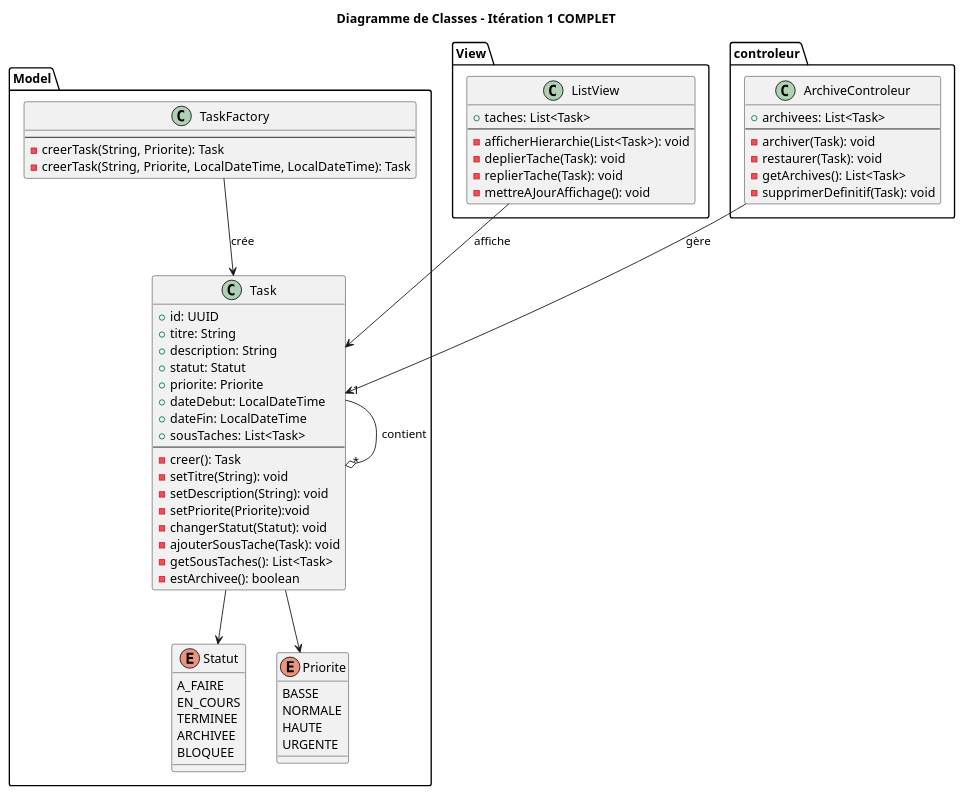
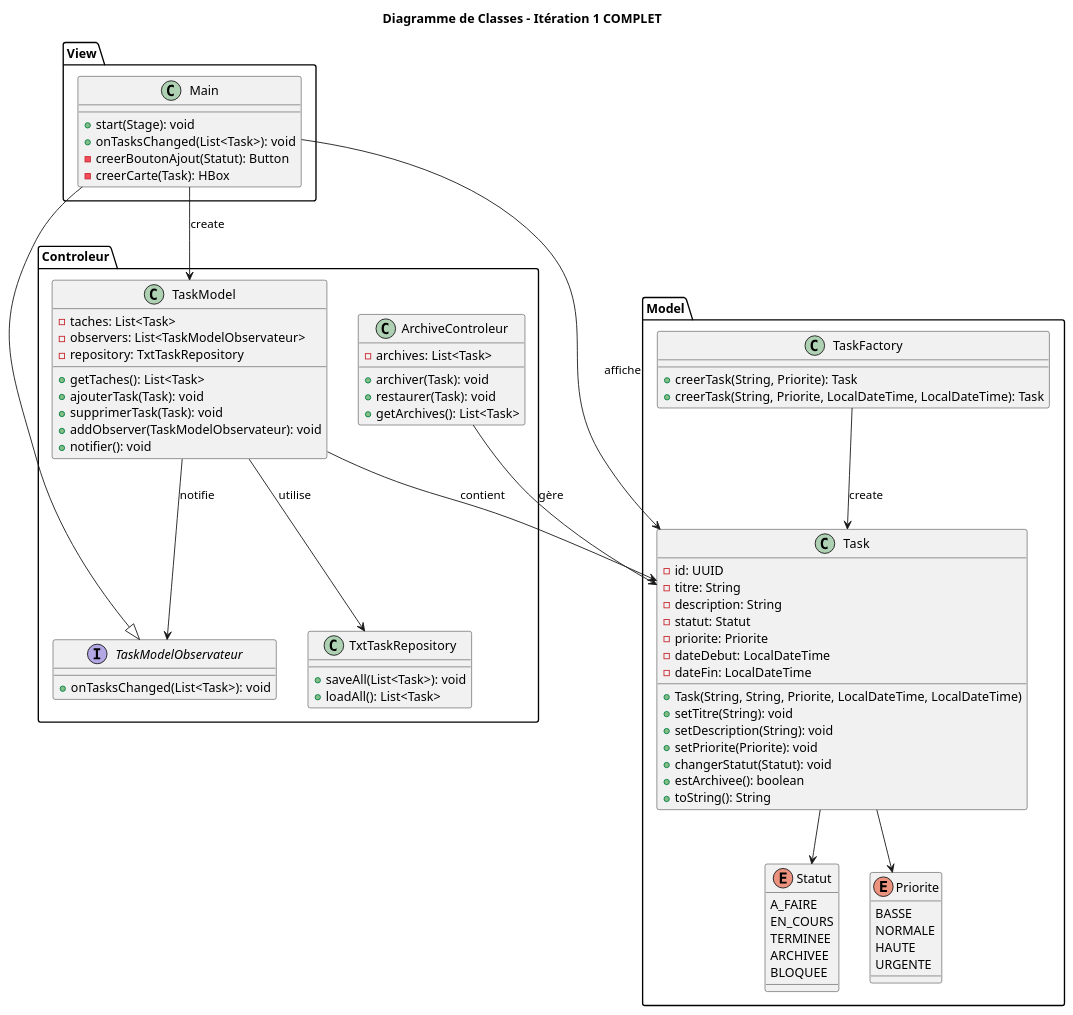
The diagram in Document/Iteration_1/DiagrammeClasse.puml (LeVraiKenan/SAE_3_01), drawn with PlantUML before and after one commit. The commit also changed 4 other files, not shown here.

Commit message:
Finitération 1, sous-tache non fonctionnel

```diff
--- a/Document/Iteration_1/DiagrammeClasse.puml
+++ b/Document/Iteration_1/DiagrammeClasse.puml
@@ -1,81 +1,93 @@
 @startuml
 Title Diagramme de Classes - Itération 1 COMPLET
 
 package "Model" {
-
     enum Statut {
         A_FAIRE
         EN_COURS
         TERMINEE
         ARCHIVEE
         BLOQUEE
     }
 
     enum Priorite {
         BASSE
         NORMALE
         HAUTE
         URGENTE
     }
 
     class Task {
-        + id: UUID
-        + titre: String
-        + description: String
-        + statut: Statut
-        + priorite: Priorite
-        + dateDebut: LocalDateTime
-        + dateFin: LocalDateTime
-        + sousTaches: List<Task>
-        --
-        - creer(): Task
-        - setTitre(String): void
-        - setDescription(String): void
-        - setPriorite(Priorite):void
-        - changerStatut(Statut): void
-        - ajouterSousTache(Task): void
-        - getSousTaches(): List<Task>
-        - estArchivee(): boolean
+        - id: UUID
+        - titre: String
+        - description: String
+        - statut: Statut
+        - priorite: Priorite
+        - dateDebut: LocalDateTime
+        - dateFin: LocalDateTime
+        + Task(String, String, Priorite, LocalDateTime, LocalDateTime)
+        + setTitre(String): void
+        + setDescription(String): void
+        + setPriorite(Priorite): void
+        + changerStatut(Statut): void
+        + estArchivee(): boolean
+        + toString(): String
     }
 
     class TaskFactory {
-        --
-        - creerTask(String, Priorite): Task
-        - creerTask(String, Priorite, LocalDateTime, LocalDateTime): Task
+        + creerTask(String, Priorite): Task
+        + creerTask(String, Priorite, LocalDateTime, LocalDateTime): Task
     }
 
-    Task "1" --o "*" Task : contient
     Task --> Statut
     Task --> Priorite
-    TaskFactory --> Task : crée
+    TaskFactory --> Task : «create»
+}
+
+package "Controleur" {
+    class ArchiveControleur {
+        - archives: List<Task>
+        + archiver(Task): void
+        + restaurer(Task): void
+        + getArchives(): List<Task>
+    }
+
+    class TaskModel {
+        - taches: List<Task>
+        - observers: List<TaskModelObservateur>
+        - repository: TxtTaskRepository
+        + getTaches(): List<Task>
+        + ajouterTask(Task): void
+        + supprimerTask(Task): void
+        + addObserver(TaskModelObservateur): void
+        + notifier(): void
+    }
+
+    interface TaskModelObservateur {
+        + onTasksChanged(List<Task>): void
+    }
+
+    class TxtTaskRepository {
+        + saveAll(List<Task>): void
+        + loadAll(): List<Task>
+    }
+
+    ArchiveControleur --> Task : gère
+    TaskModel --> Task : contient
+    TaskModel --> TaskModelObservateur : notifie
+    TaskModel --> TxtTaskRepository : utilise
 }
 
 package "View" {
-
-    class ListView {
-        + taches: List<Task>
-        --
-        - afficherHierarchie(List<Task>): void
-        - deplierTache(Task): void
-        - replierTache(Task): void
-        - mettreAJourAffichage(): void
+    class Main {
+        + start(Stage): void
+        + onTasksChanged(List<Task>): void
+        - creerBoutonAjout(Statut): Button
+        - creerCarte(Task): HBox
     }
 
-    ListView --> Task : affiche
+    Main --> TaskModel : «create»
+    Main --> Task : affiche
+    Main -^ TaskModelObservateur
 }
-
-package "controleur" {
-
-    class ArchiveControleur {
-        + archivees: List<Task>
-        --
-        - archiver(Task): void
-        - restaurer(Task): void
-        - getArchives(): List<Task>
-        - supprimerDefinitif(Task): void
-    }
-
-    ArchiveControleur --> Task : gère
-}
-
 @enduml
```
